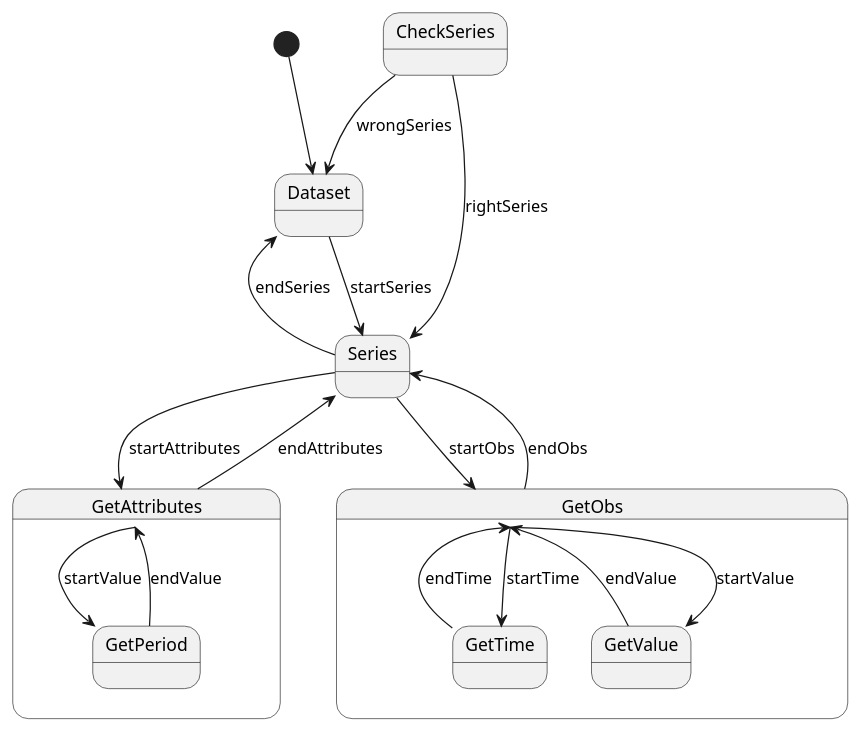
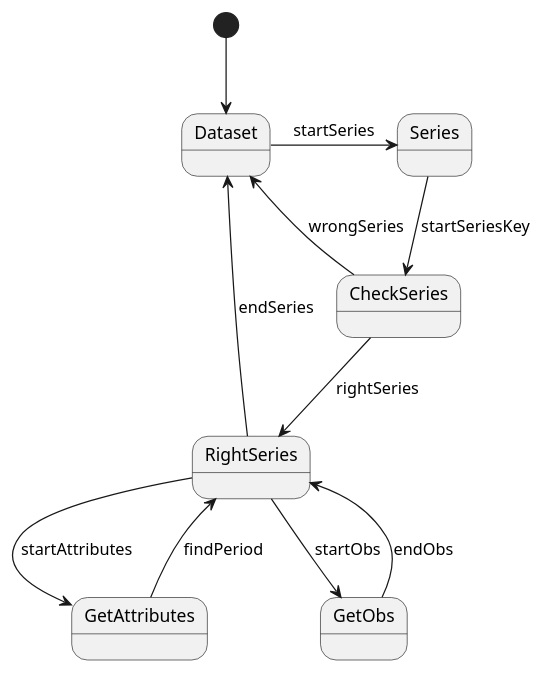
One commit to AltmanEA/edu-parse changed the diagram in src/main/resources/state-dataset.puml. Above: the diagram before and after it, drawn with PlantUML. The commit also changed 2 other files, not shown here.

```diff
--- a/src/main/resources/state-dataset.puml
+++ b/src/main/resources/state-dataset.puml
@@ -1,26 +1,16 @@
 @startuml
 'https://plantuml.com/state-diagram
 
-state GetAttributes {
-    GetAttributes --> GetPeriod: startValue
-    GetPeriod --> GetAttributes: endValue
-}
+[*] -->Dataset
+Dataset -> Series : startSeries
+Series --> CheckSeries: startSeriesKey
+CheckSeries --> RightSeries: rightSeries
+CheckSeries --> Dataset: wrongSeries
+RightSeries --> Dataset: endSeries
 
-state GetObs{
-    GetObs --> GetTime: startTime
-    GetTime --> GetObs: endTime
-    GetObs --> GetValue: startValue
-    GetValue --> GetObs: endValue
-}
-
-[*] -->Dataset
-Dataset --> Series : startSeries
-Series --> Dataset: endSeries
-CheckSeries --> Series: rightSeries
-CheckSeries --> Dataset: wrongSeries
-Series --> GetAttributes: startAttributes
-GetAttributes --> Series: endAttributes
-Series --> GetObs: startObs
-GetObs --> Series: endObs
+RightSeries --> GetAttributes: startAttributes
+GetAttributes --> RightSeries: findPeriod
+RightSeries --> GetObs: startObs
+GetObs --> RightSeries: endObs
 
 @enduml
```
